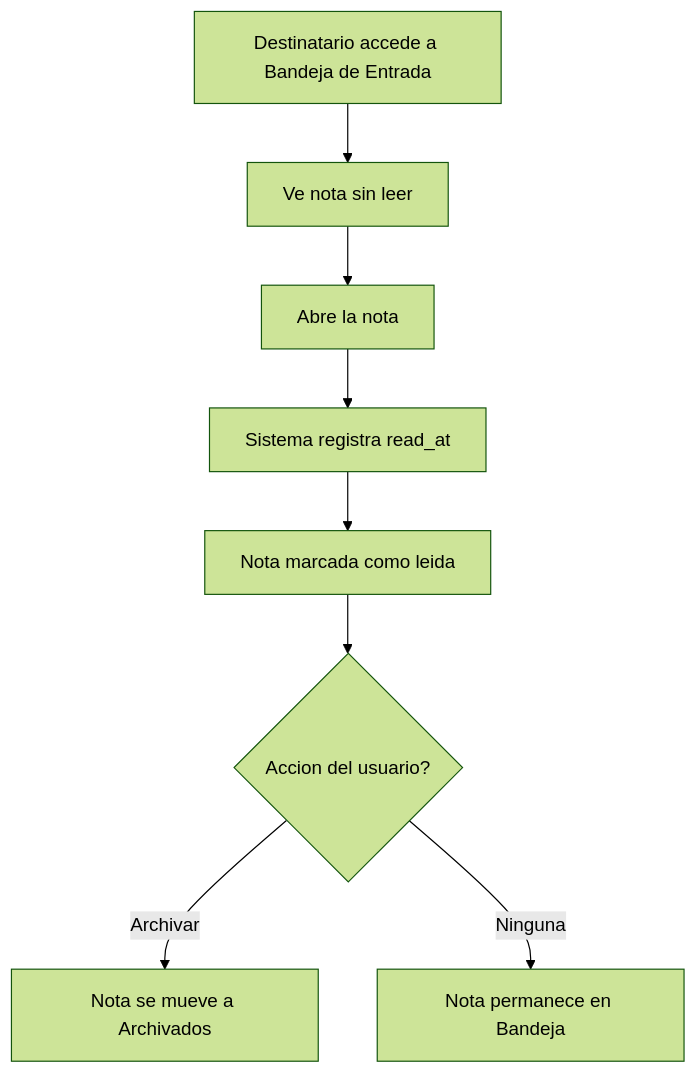
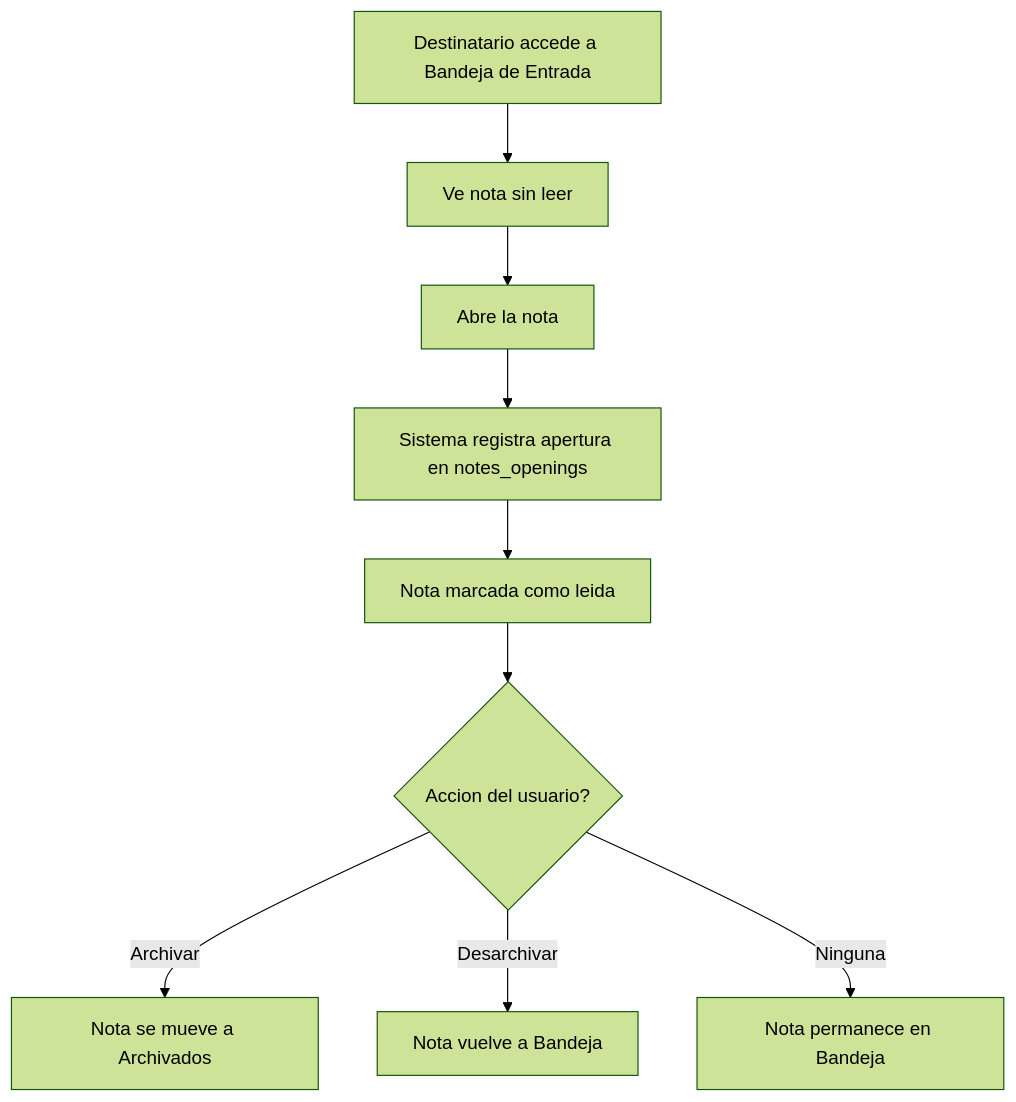
One commit to GestionDocumentalInteligente/Docs-Site changed the second of 3 diagrams in docs/notas/flujo-notas.md. Above: the diagram before and after it, drawn with Mermaid (forest theme). The commit also changed other lines of this file and 4 other files, not shown here.

````diff
--- a/docs/notas/flujo-notas.md
+++ b/docs/notas/flujo-notas.md
@@ -103,10 +134,11 @@
 ```mermaid
 flowchart TD
     A[Destinatario accede a Bandeja de Entrada] --> B[Ve nota sin leer]
     B --> C[Abre la nota]
-    C --> D[Sistema registra read_at]
+    C --> D[Sistema registra apertura en notes_openings]
     D --> E[Nota marcada como leida]
     E --> F{Accion del usuario?}
     F -->|Archivar| G[Nota se mueve a Archivados]
-    F -->|Ninguna| H[Nota permanece en Bandeja]
+    F -->|Desarchivar| H[Nota vuelve a Bandeja]
+    F -->|Ninguna| I[Nota permanece en Bandeja]
 ```
````
